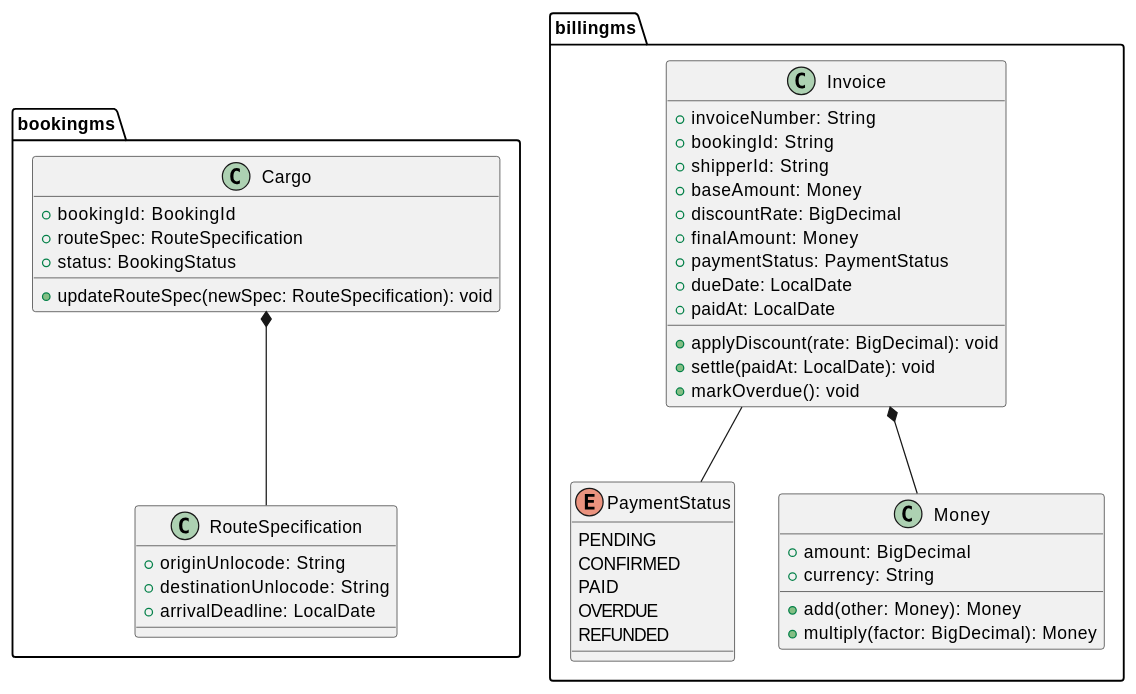
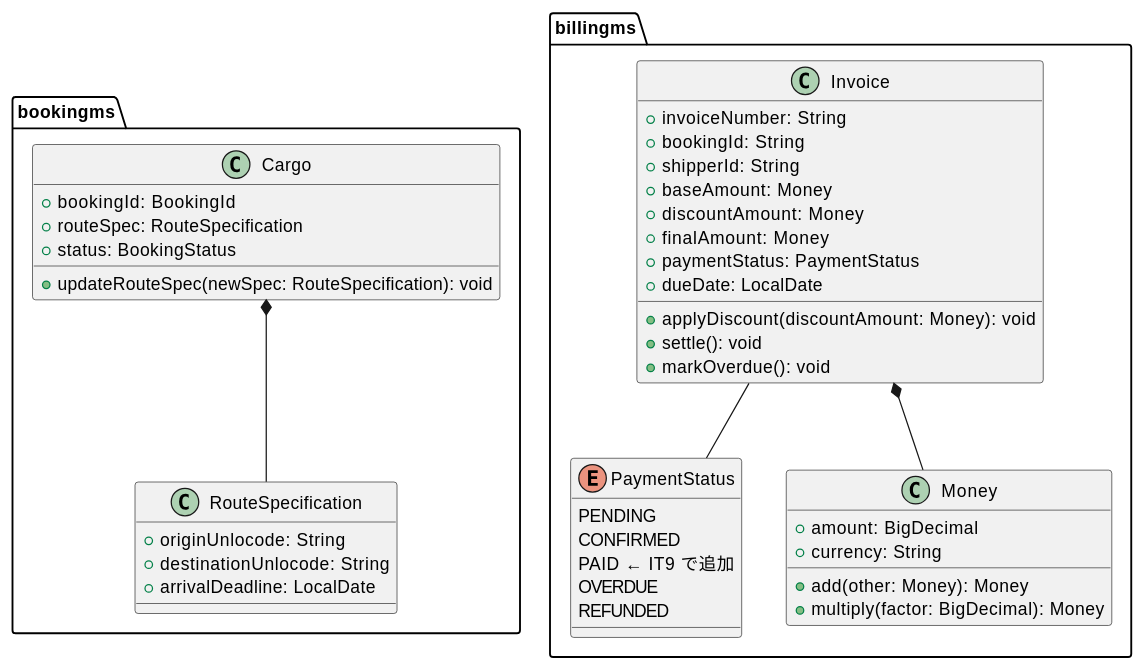
Before and after one commit to k2works/case-study-cargo-tracker: the third of 8 diagrams in docs/development/iteration_plan-9.md, drawn with PlantUML. The commit also changed other lines of this file, not shown here.

````diff
--- a/docs/development/iteration_plan-9.md
+++ b/docs/development/iteration_plan-9.md
@@ -222,55 +222,56 @@
 ```plantuml
 @startuml
 package bookingms {
   class Cargo {
     +bookingId: BookingId
     +routeSpec: RouteSpecification
     +status: BookingStatus
     +updateRouteSpec(newSpec: RouteSpecification): void
   }
 
   class RouteSpecification {
     +originUnlocode: String
     +destinationUnlocode: String
     +arrivalDeadline: LocalDate
   }
 
   Cargo *-- RouteSpecification
 }
 
 package billingms {
   class Invoice {
     +invoiceNumber: String
     +bookingId: String
     +shipperId: String
     +baseAmount: Money
-    +discountRate: BigDecimal
+    +discountAmount: Money
     +finalAmount: Money
     +paymentStatus: PaymentStatus
     +dueDate: LocalDate
-    +paidAt: LocalDate
-    +applyDiscount(rate: BigDecimal): void
-    +settle(paidAt: LocalDate): void
+    +applyDiscount(discountAmount: Money): void
+    +settle(): void
     +markOverdue(): void
   }
 
+  ' 注: domain-model.md の PaymentStatus は PENDING/CONFIRMED/OVERDUE/REFUNDED の 4 値。
+  ' IT9 で PAID を追加し domain-model.md も更新する。
   enum PaymentStatus {
     PENDING
     CONFIRMED
-    PAID
+    PAID   ← IT9 で追加
     OVERDUE
     REFUNDED
   }
 
   class Money {
     +amount: BigDecimal
     +currency: String
     +add(other: Money): Money
     +multiply(factor: BigDecimal): Money
   }
 
   Invoice *-- Money
   Invoice -- PaymentStatus
 }
 @enduml
 ```
````
